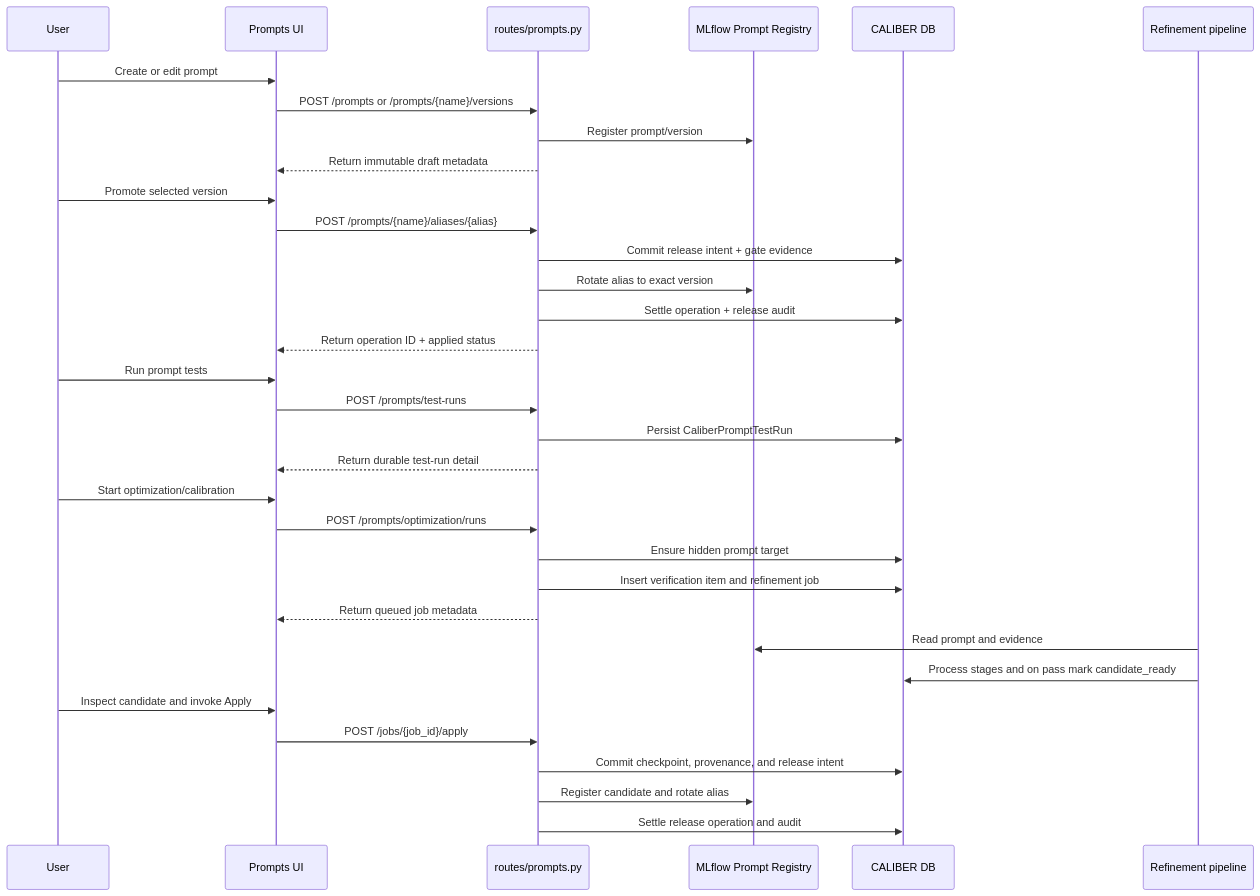
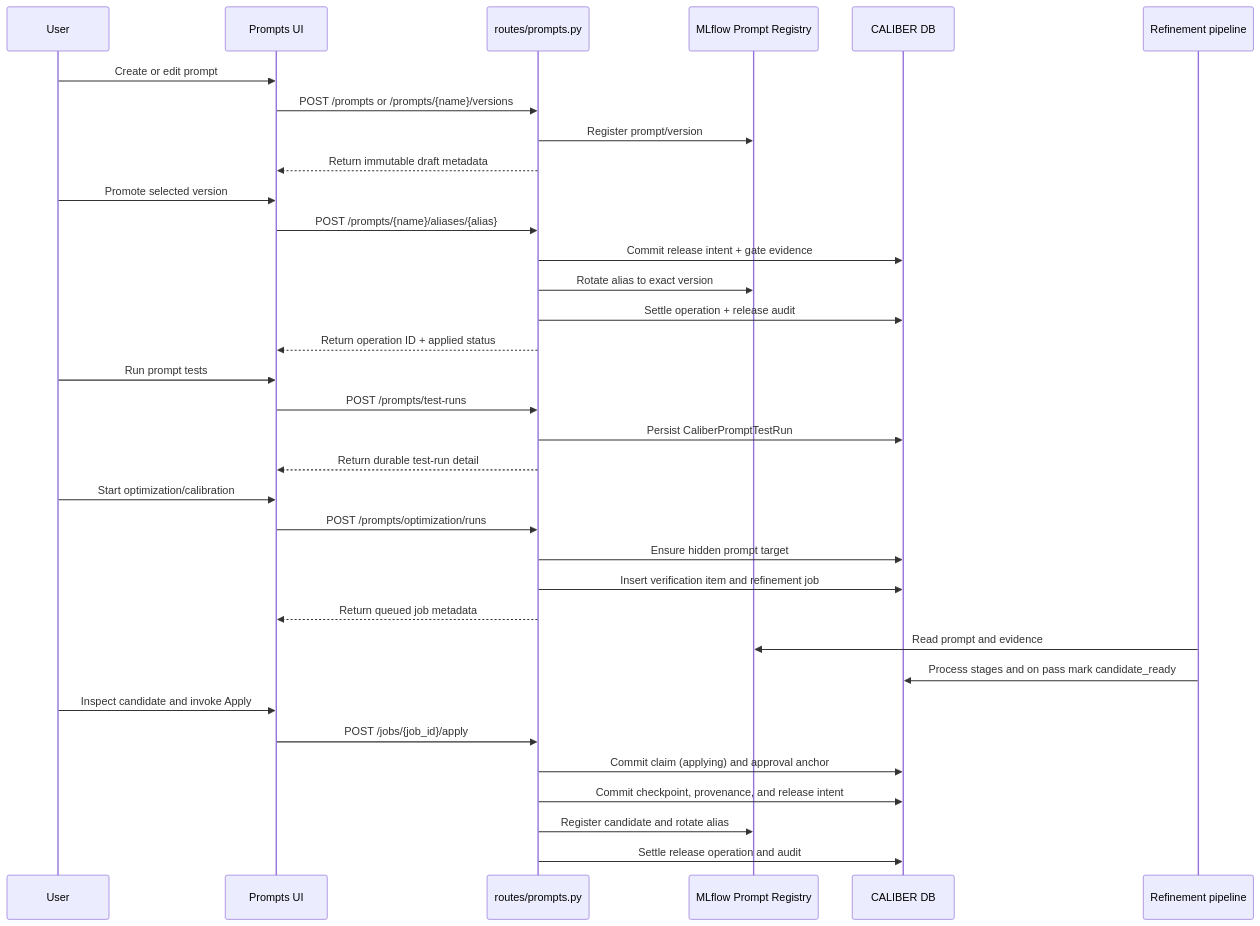
The second of 2 diagrams in caliber/caliber-ui/public/docs/m-02-prompts.md (rrahimi-uci/caliber-suite), drawn with Mermaid before and after one commit. The commit also changed other lines of this file and 470 other files, not shown here.

````diff
--- a/caliber/caliber-ui/public/docs/m-02-prompts.md
+++ b/caliber/caliber-ui/public/docs/m-02-prompts.md
@@ -239,39 +245,40 @@
 ```mermaid
 sequenceDiagram
     participant U as User
     participant UI as Prompts UI
     participant API as routes/prompts.py
     participant ML as MLflow Prompt Registry
     participant DB as CALIBER DB
     participant Q as Refinement pipeline
 
     U->>UI: Create or edit prompt
     UI->>API: POST /prompts or /prompts/{name}/versions
     API->>ML: Register prompt/version
     API-->>UI: Return immutable draft metadata
 
     U->>UI: Promote selected version
     UI->>API: POST /prompts/{name}/aliases/{alias}
     API->>DB: Commit release intent + gate evidence
     API->>ML: Rotate alias to exact version
     API->>DB: Settle operation + release audit
     API-->>UI: Return operation ID + applied status
 
     U->>UI: Run prompt tests
     UI->>API: POST /prompts/test-runs
     API->>DB: Persist CaliberPromptTestRun
     API-->>UI: Return durable test-run detail
 
     U->>UI: Start optimization/calibration
     UI->>API: POST /prompts/optimization/runs
     API->>DB: Ensure hidden prompt target
     API->>DB: Insert verification item and refinement job
     API-->>UI: Return queued job metadata
     Q->>ML: Read prompt and evidence
     Q->>DB: Process stages and on pass mark candidate_ready
     U->>UI: Inspect candidate and invoke Apply
     UI->>API: POST /jobs/{job_id}/apply
+    API->>DB: Commit claim (applying) and approval anchor
     API->>DB: Commit checkpoint, provenance, and release intent
     API->>ML: Register candidate and rotate alias
     API->>DB: Settle release operation and audit
 ```
````
